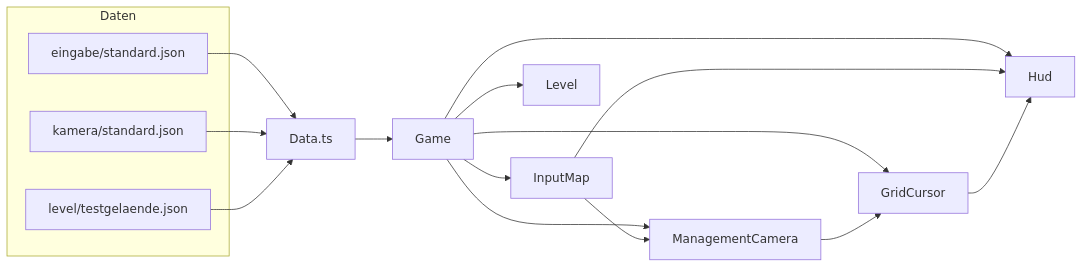
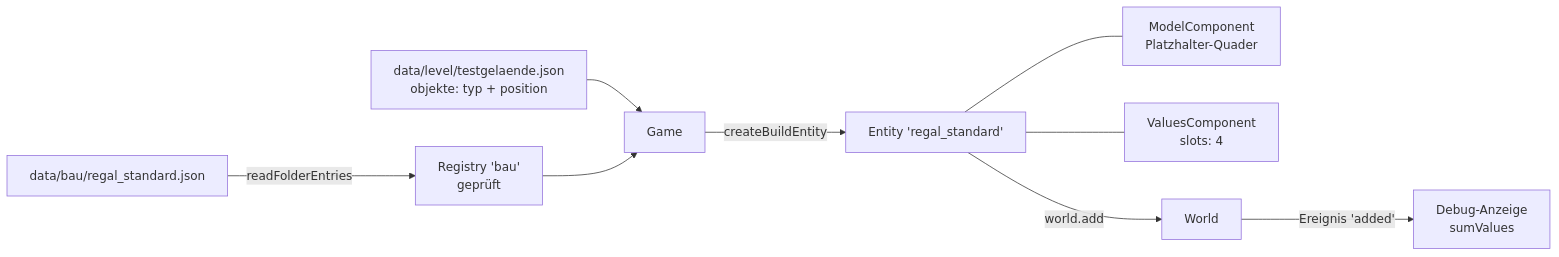
Before and after one commit to Hobix0/PocketSim: the diagram in README.md, drawn with Mermaid. The commit also changed other lines of this file and 35 other files, not shown here.

First line of the commit message:
UrbanEvolution: Meilenstein 2 – Entities, Komponenten und Daten-Registry

````diff
--- a/README.md
+++ b/README.md
@@ -66,21 +87,11 @@
 ```mermaid
 flowchart LR
-  subgraph Daten
-    E[eingabe/standard.json]
-    K[kamera/standard.json]
-    L[level/testgelaende.json]
-  end
-  D[Data.ts] --> G[Game]
-  E --> D
-  K --> D
-  L --> D
-  G --> I[InputMap]
-  G --> C[ManagementCamera]
-  G --> LV[Level]
-  G --> GC[GridCursor]
-  G --> H[Hud]
-  I --> C
-  I --> H
-  C --> GC
-  GC --> H
+  J["data/bau/regal_standard.json"] -->|readFolderEntries| R["Registry 'bau'<br>geprüft"]
+  L["data/level/testgelaende.json<br>objekte: typ + position"] --> G[Game]
+  R --> G
+  G -->|createBuildEntity| E["Entity 'regal_standard'"]
+  E --- M[ModelComponent<br>Platzhalter-Quader]
+  E --- V[ValuesComponent<br>slots: 4]
+  E -->|world.add| W[World]
+  W -->|Ereignis 'added'| D[Debug-Anzeige<br>sumValues]
 ```
````
